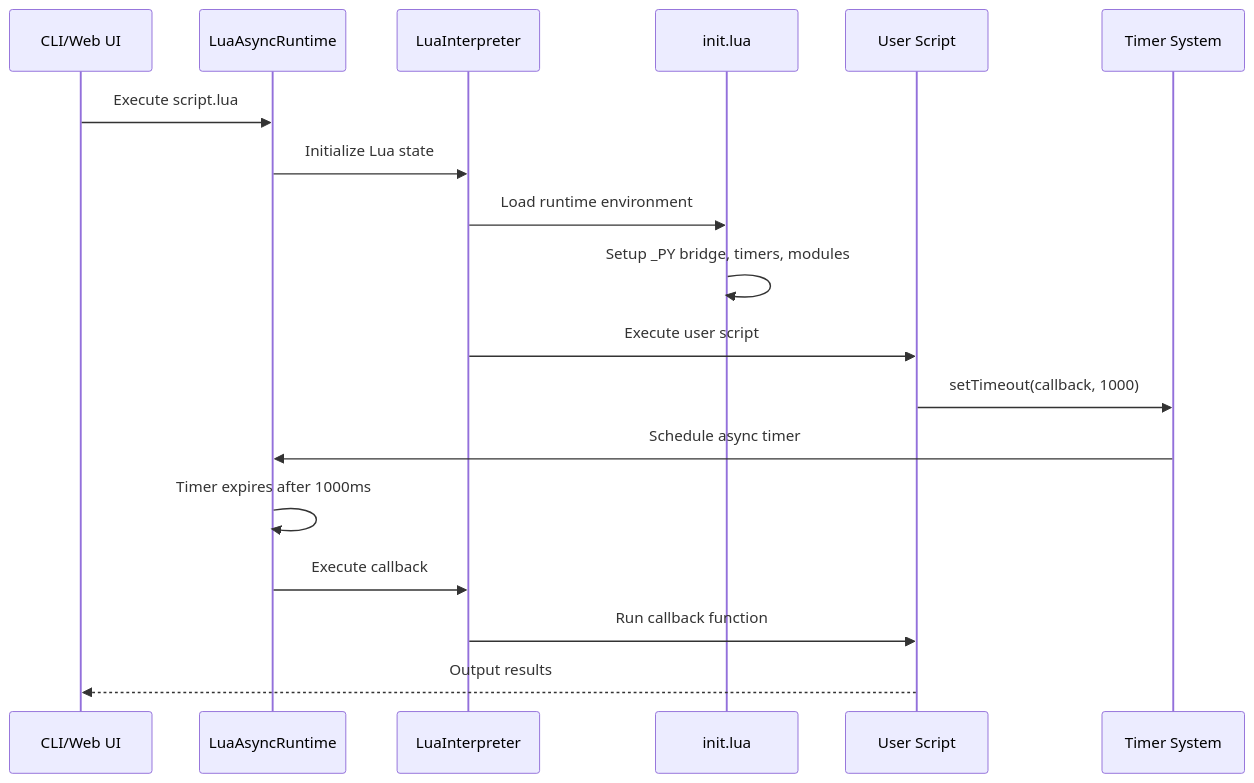
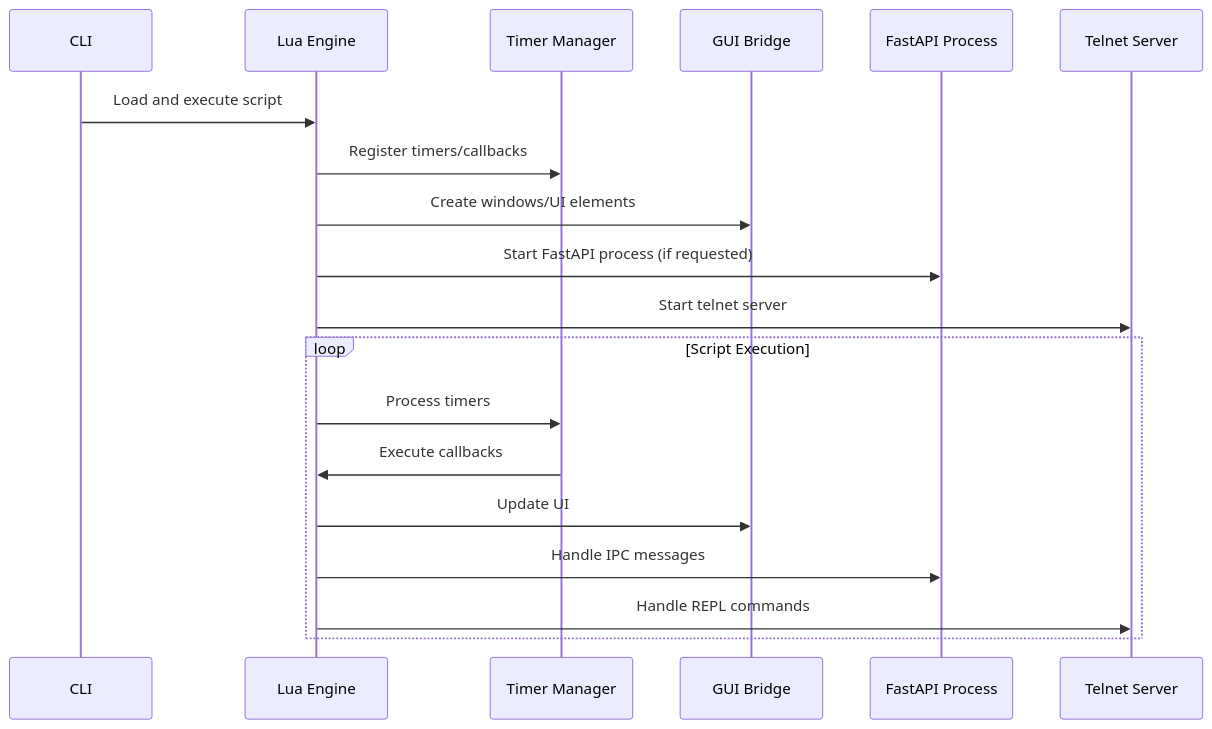
One commit to jangabrielsson/plua changed diagram 11 of 18 in ARCHITECTURE.md. Above: the diagram before and after it, drawn with Mermaid. The commit also changed other lines of this file and 404 other files, not shown here.

````diff
--- a/ARCHITECTURE.md
+++ b/ARCHITECTURE.md
@@ -547,21 +390,23 @@
 ```mermaid
 sequenceDiagram
-    participant CLI as CLI/Web UI
-    participant Runtime as LuaAsyncRuntime
-    participant Interpreter as LuaInterpreter
-    participant Init as init.lua
-    participant Script as User Script
-    participant Timers as Timer System
+    participant CLI as CLI
+    participant Engine as Lua Engine
+    participant Timer as Timer Manager
+    participant GUI as GUI Bridge
+    participant FastAPI as FastAPI Process
+    participant Telnet as Telnet Server
     
-    CLI->>Runtime: Execute script.lua
-    Runtime->>Interpreter: Initialize Lua state
-    Interpreter->>Init: Load runtime environment
-    Init->>Init: Setup _PY bridge, timers, modules
-    Interpreter->>Script: Execute user script
-    Script->>Timers: setTimeout(callback, 1000)
-    Timers->>Runtime: Schedule async timer
-    Runtime->>Runtime: Timer expires after 1000ms
-    Runtime->>Interpreter: Execute callback
-    Interpreter->>Script: Run callback function
-    Script-->>CLI: Output results
+    CLI->>Engine: Load and execute script
+    Engine->>Timer: Register timers/callbacks
+    Engine->>GUI: Create windows/UI elements
+    Engine->>FastAPI: Start FastAPI process (if requested)
+    Engine->>Telnet: Start telnet server
+    
+    loop Script Execution
+        Engine->>Timer: Process timers
+        Timer->>Engine: Execute callbacks
+        Engine->>GUI: Update UI
+        Engine->>FastAPI: Handle IPC messages
+        Engine->>Telnet: Handle REPL commands
+    end
 ```
````
